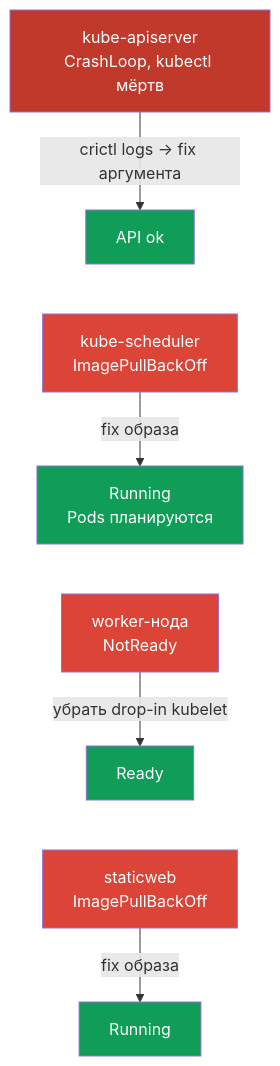
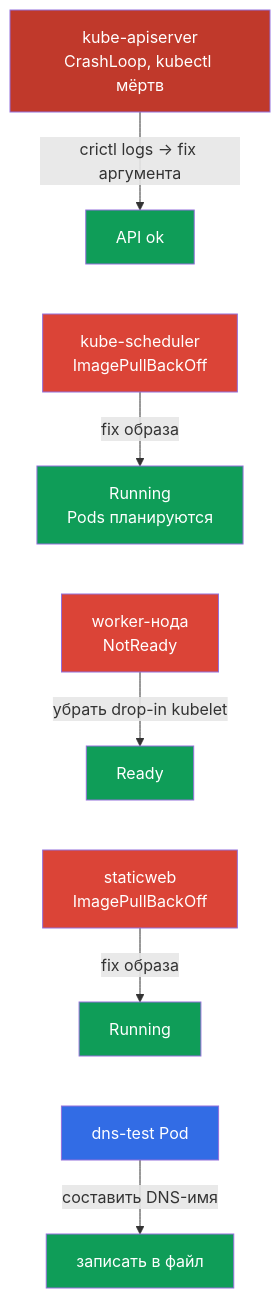
The diagram in tasks/cka/labs/117/README_RU.MD (ViktorUJ/cks), drawn with Mermaid before and after one commit. The commit also changed other lines of this file and 4 other files, not shown here.

````diff
--- a/tasks/cka/labs/117/README_RU.MD
+++ b/tasks/cka/labs/117/README_RU.MD
@@ -41,18 +42,22 @@
 ```mermaid
 flowchart TB
     api["kube-apiserver<br>CrashLoop, kubectl мёртв"] -->|"crictl logs → fix аргумента"| api2["API ok"]
     a["kube-scheduler<br>ImagePullBackOff"] -->|"fix образа"| a2["Running<br>Pods планируются"]
     b["worker-нода<br>NotReady"] -->|"убрать drop-in kubelet"| b2["Ready"]
     c["staticweb<br>ImagePullBackOff"] -->|"fix образа"| c2["Running"]
+    d["dns-test Pod"] -->|"составить DNS-имя"| d2["записать в файл"]
     api2 ~~~ a
     a2 ~~~ b
     b2 ~~~ c
+    c2 ~~~ d
     style api fill:#c0392b,color:#fff
     style a fill:#db4437,color:#fff
     style b fill:#db4437,color:#fff
     style c fill:#db4437,color:#fff
+    style d fill:#326ce5,color:#fff
     style api2 fill:#0f9d58,color:#fff
     style a2 fill:#0f9d58,color:#fff
     style b2 fill:#0f9d58,color:#fff
     style c2 fill:#0f9d58,color:#fff
+    style d2 fill:#0f9d58,color:#fff
 ```
````
